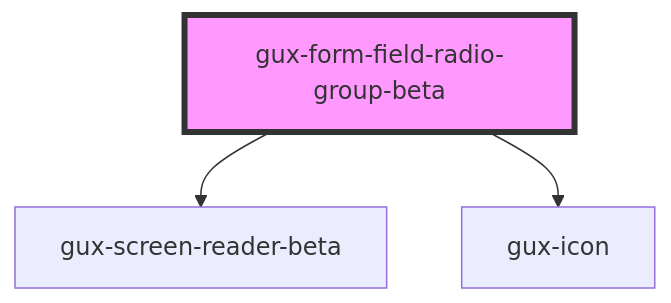
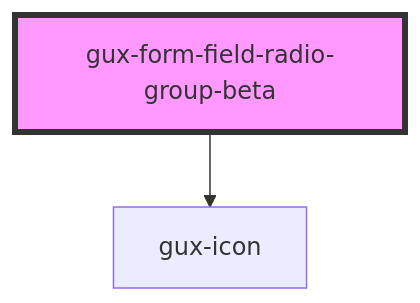
The diagram in packages/genesys-spark-components/src/components/stable/gux-form-field/components/gux-form-field-radio-group/readme.md (MyPureCloud/genesys-spark), drawn with Mermaid before and after one commit. The commit also changed other lines of this file and 24 other files, not shown here.

````diff
--- a/packages/genesys-spark-components/src/components/stable/gux-form-field/components/gux-form-field-radio-group/readme.md
+++ b/packages/genesys-spark-components/src/components/stable/gux-form-field/components/gux-form-field-radio-group/readme.md
@@ -32,6 +32,5 @@
 ```mermaid
 graph TD;
-  gux-form-field-radio-group-beta --> gux-screen-reader-beta
   gux-form-field-radio-group-beta --> gux-icon
   style gux-form-field-radio-group-beta fill:#f9f,stroke:#333,stroke-width:4px
 ```
````
